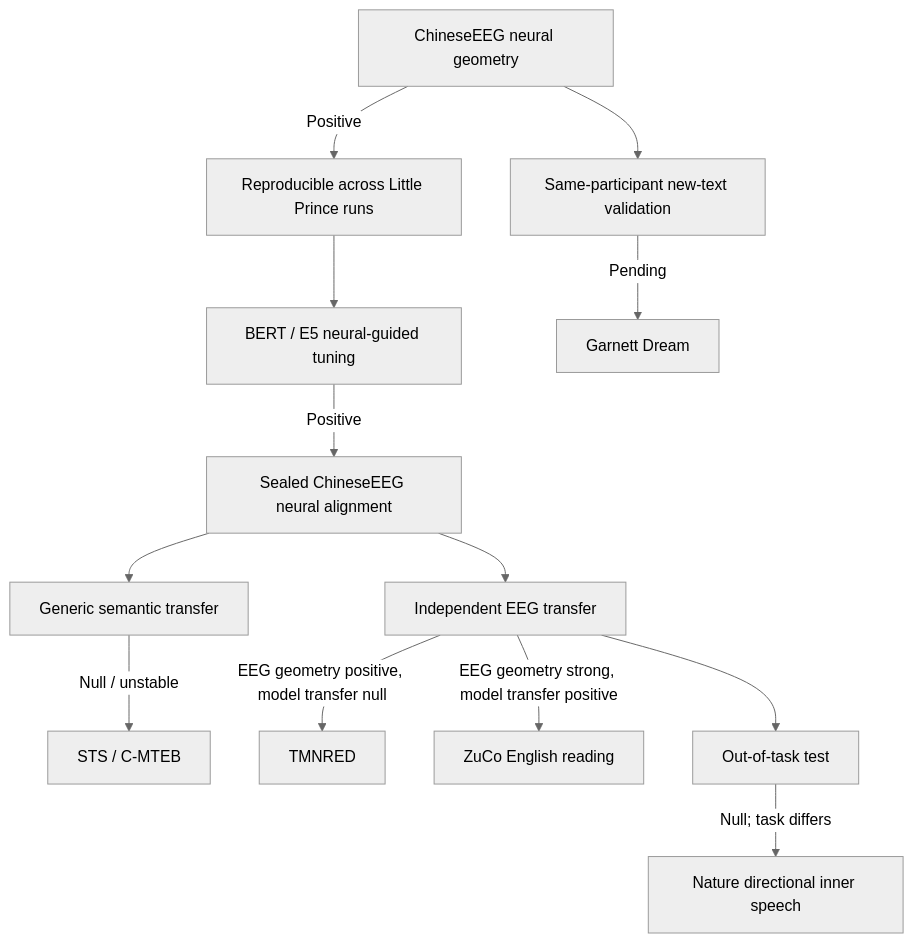
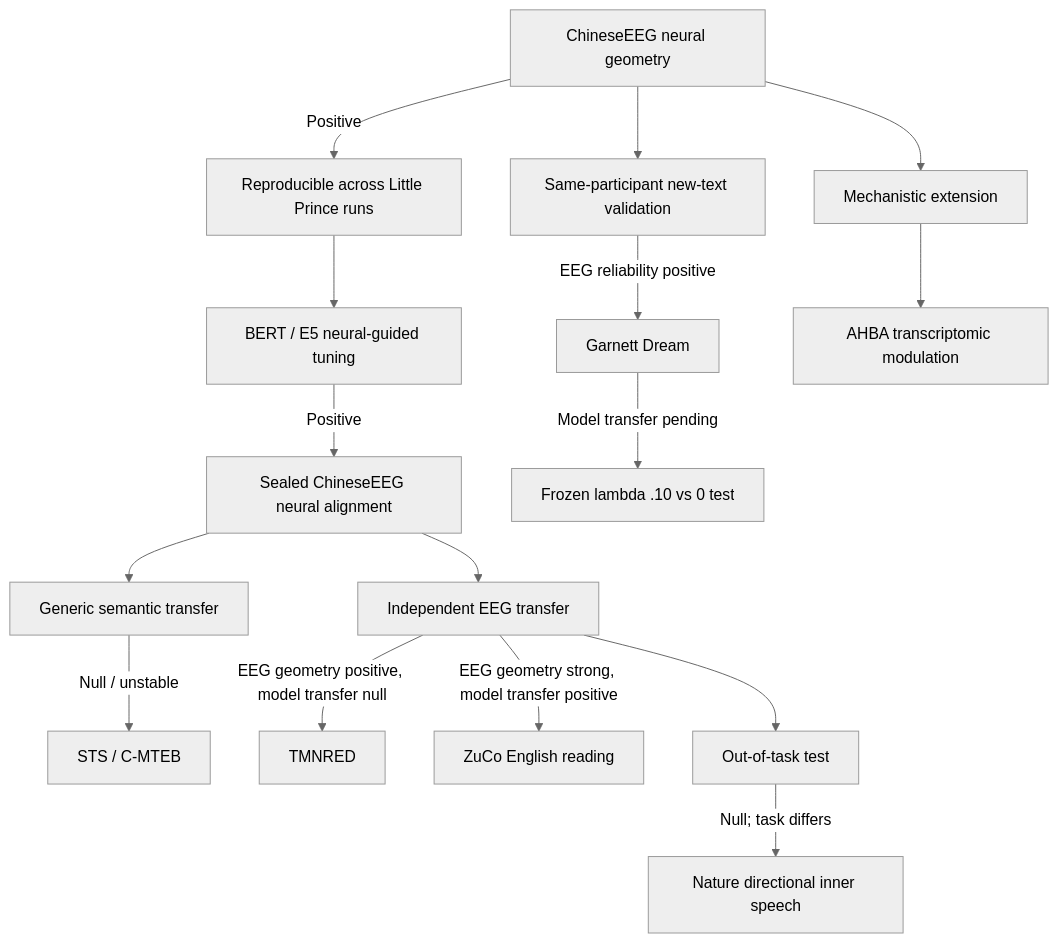
One commit to vafaei-ar/NeuroSem changed the diagram in docs/3_RESULTS_AND_COMPARISONS.md. Above: the diagram before and after it, drawn with Mermaid (neutral theme). The commit also changed other lines of this file, not shown here.

Commit message:
docs: add Garnett reliability and AHBA status to results summary

````diff
--- a/docs/3_RESULTS_AND_COMPARISONS.md
+++ b/docs/3_RESULTS_AND_COMPARISONS.md
@@ -21,19 +22,23 @@
 ```mermaid
 flowchart TD
     A[ChineseEEG neural geometry] -->|Positive| B[Reproducible across Little Prince runs]
     B --> C[BERT / E5 neural-guided tuning]
     C -->|Positive| D[Sealed ChineseEEG neural alignment]
 
     D --> E[Generic semantic transfer]
     E -->|Null / unstable| E1[STS / C-MTEB]
 
     D --> F[Independent EEG transfer]
     F -->|EEG geometry positive, model transfer null| F1[TMNRED]
     F -->|EEG geometry strong, model transfer positive| F2[ZuCo English reading]
 
     A --> G[Same-participant new-text validation]
-    G -->|Pending| G1[Garnett Dream]
+    G -->|EEG reliability positive| G1[Garnett Dream]
+    G1 -->|Model transfer pending| G2[Frozen lambda .10 vs 0 test]
 
     F --> H[Out-of-task test]
     H -->|Null; task differs| H1[Nature directional inner speech]
+
+    A --> M[Mechanistic extension]
+    M --> M1[AHBA transcriptomic modulation]
 ```
````
